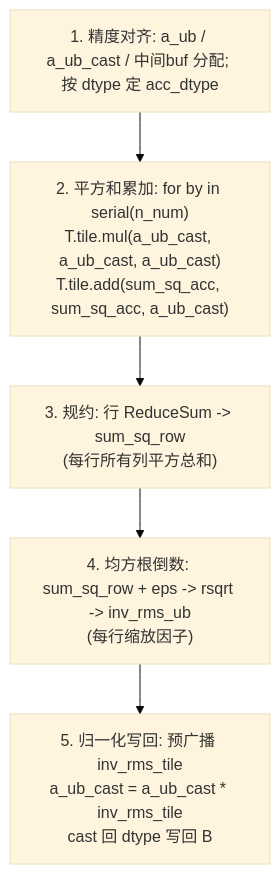
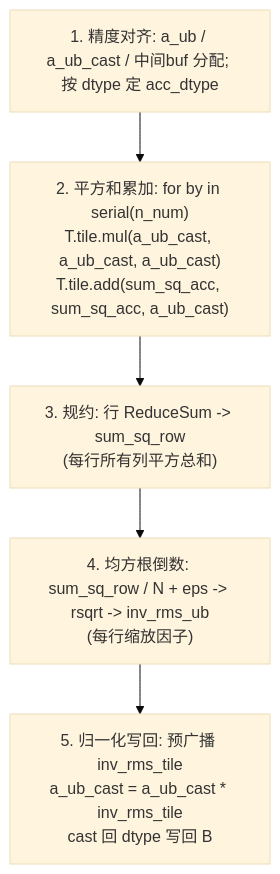
One commit to Atlas-Ascend-Fork/cannbot-knowledge changed the first of 3 diagrams in knowledge/model/training/concepts/kernels/tilelang_rmsnorm_swiglu.md. Above: the diagram before and after it, drawn with Mermaid (base theme). The commit also changed other lines of this file and 441 other files, not shown here.

````diff
--- a/knowledge/model/training/concepts/kernels/tilelang_rmsnorm_swiglu.md
+++ b/knowledge/model/training/concepts/kernels/tilelang_rmsnorm_swiglu.md
@@ -53,8 +53,8 @@
 ```mermaid
 flowchart TD
   L0["1. 精度对齐: a_ub / a_ub_cast / 中间buf 分配; 按 dtype 定 acc_dtype"] --> L1
   L1["2. 平方和累加: for by in serial(n_num)\nT.tile.mul(a_ub_cast, a_ub_cast, a_ub_cast)\nT.tile.add(sum_sq_acc, sum_sq_acc, a_ub_cast)"] --> L2
   L2["3. 规约: 行 ReduceSum -> sum_sq_row\n(每行所有列平方总和)"] --> L3
-  L3["4. 均方根倒数: sum_sq_row + eps -> rsqrt -> inv_rms_ub\n(每行缩放因子)"] --> L4
+  L3["4. 均方根倒数: sum_sq_row / N + eps -> rsqrt -> inv_rms_ub\n(每行缩放因子)"] --> L4
   L4["5. 归一化写回: 预广播 inv_rms_tile\na_ub_cast = a_ub_cast * inv_rms_tile\ncast 回 dtype 写回 B"]
 ```
````
